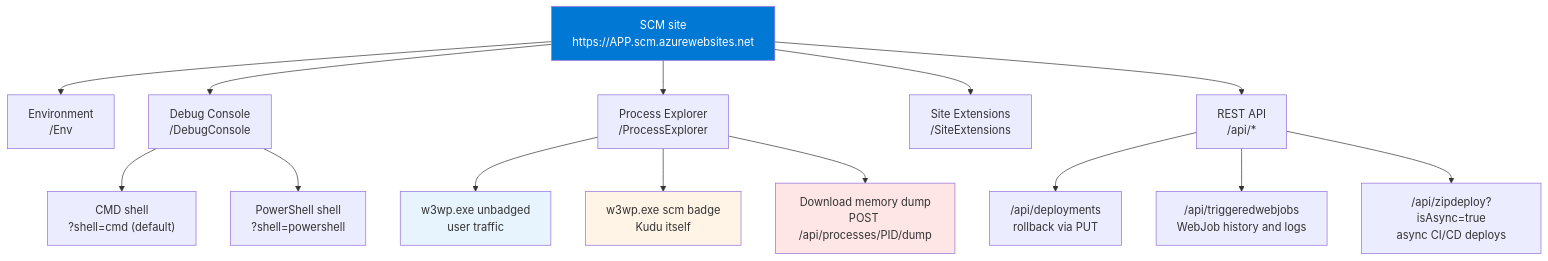
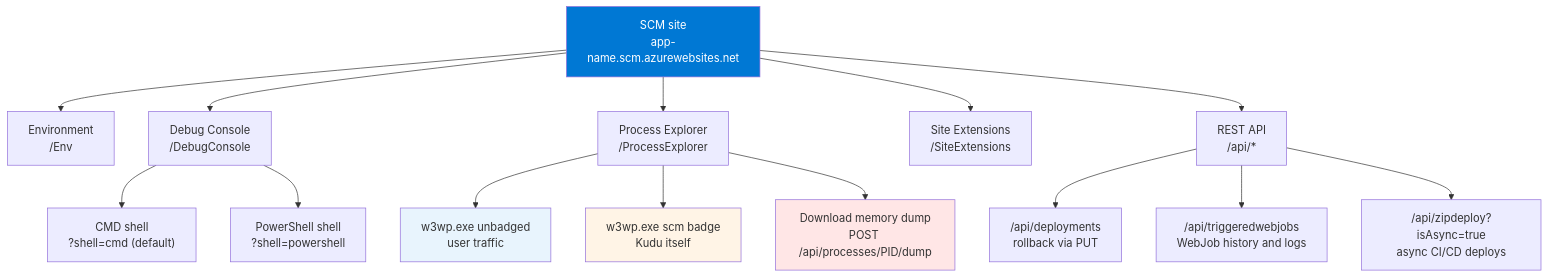
The diagram in docs/platform/kudu-windows.md (yeongseon/azure-app-service-practical-guide), drawn with Mermaid before and after one commit. The commit also changed 1 other file, not shown here.

Commit message:
fix(docs): mask App Service hostnames in Kudu Mermaid diagrams
Replace 'https://APP.scm.azurewebsites.net' with bare
'app-name.scm.azurewebsites.net' in the linux-kudu-surface-map and
windows-kudu-surface-map diagrams so the doc-quality validator no
longer flags them as live-looking hostnames. Matches the passing
placeholder style already used in kudu-overview.md's
kudu-architecture-relationship diagram, which keeps hostname
placeholders consistent across all three Kudu docs.

````diff
--- a/docs/platform/kudu-windows.md
+++ b/docs/platform/kudu-windows.md
@@ -55,21 +55,21 @@
 ```mermaid
 flowchart TD
-    SCM["SCM site<br/>https://APP.scm.azurewebsites.net"] --> ENV["Environment<br/>/Env"]
+    SCM["SCM site<br/>app-name.scm.azurewebsites.net"] --> ENV["Environment<br/>/Env"]
     SCM --> DBG["Debug Console<br/>/DebugConsole"]
     SCM --> PE["Process Explorer<br/>/ProcessExplorer"]
     SCM --> EXT["Site Extensions<br/>/SiteExtensions"]
     SCM --> API["REST API<br/>/api/*"]
     DBG --> CMD["CMD shell<br/>?shell=cmd (default)"]
     DBG --> PS["PowerShell shell<br/>?shell=powershell"]
     PE --> APP_W3WP["w3wp.exe unbadged<br/>user traffic"]
     PE --> SCM_W3WP["w3wp.exe scm badge<br/>Kudu itself"]
     PE --> DUMP["Download memory dump<br/>POST /api/processes/PID/dump"]
     API --> DEPLOY["/api/deployments<br/>rollback via PUT"]
     API --> WJ["/api/triggeredwebjobs<br/>WebJob history and logs"]
     API --> ZIP["/api/zipdeploy?isAsync=true<br/>async CI/CD deploys"]
 
     style SCM fill:#0078d4,color:#fff
     style APP_W3WP fill:#e8f4fd
     style SCM_W3WP fill:#fff4e6
     style DUMP fill:#ffe6e6
 ```
````
